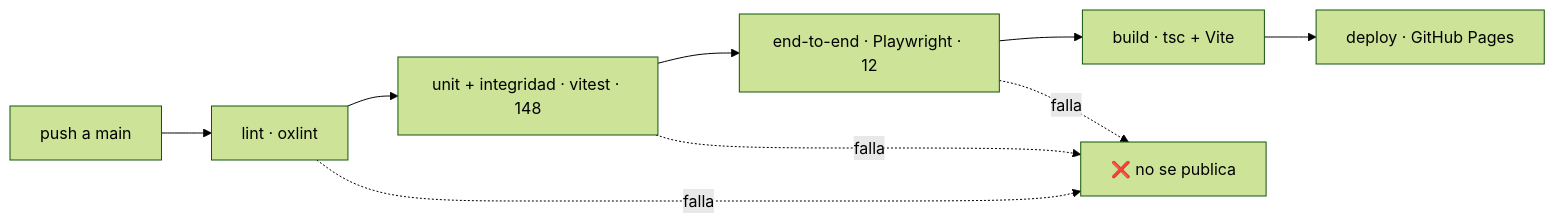
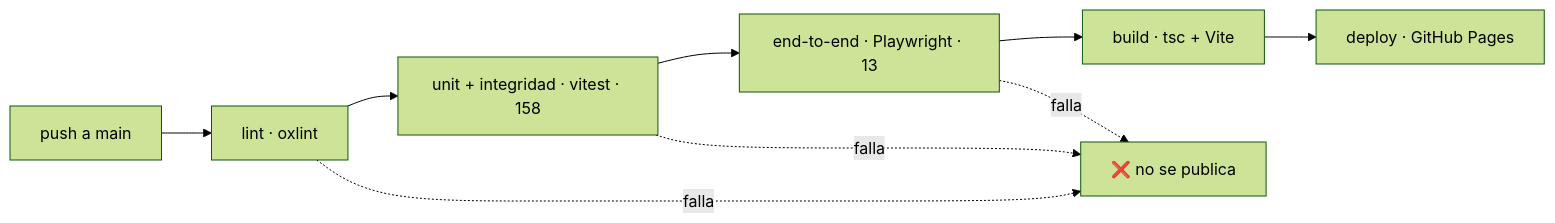
Before and after one commit to luzzaragoza/cuanto-me-falta: the diagram in docs/06-calidad.md, drawn with Mermaid (forest theme). The commit also changed other lines of this file and 18 other files, not shown here.

````diff
--- a/docs/06-calidad.md
+++ b/docs/06-calidad.md
@@ -67,12 +67,12 @@
 ```mermaid
 %% svg:pipeline
 flowchart LR
     P["push a main"] --> L["lint · oxlint"]
-    L --> U["unit + integridad · vitest · 148"]
-    U --> E["end-to-end · Playwright · 12"]
+    L --> U["unit + integridad · vitest · 158"]
+    U --> E["end-to-end · Playwright · 13"]
     E --> B["build · tsc + Vite"]
     B --> D["deploy · GitHub Pages"]
     L -. falla .-> X["❌ no se publica"]
     U -. falla .-> X
     E -. falla .-> X
 ```
````
